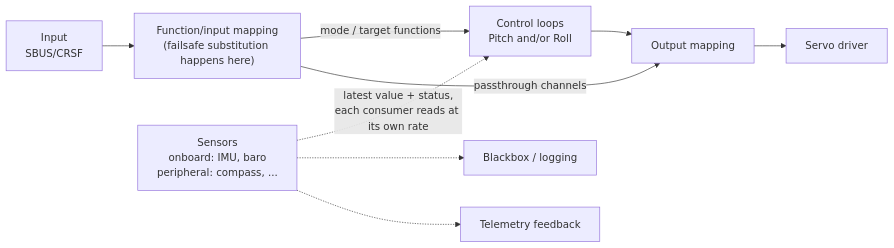
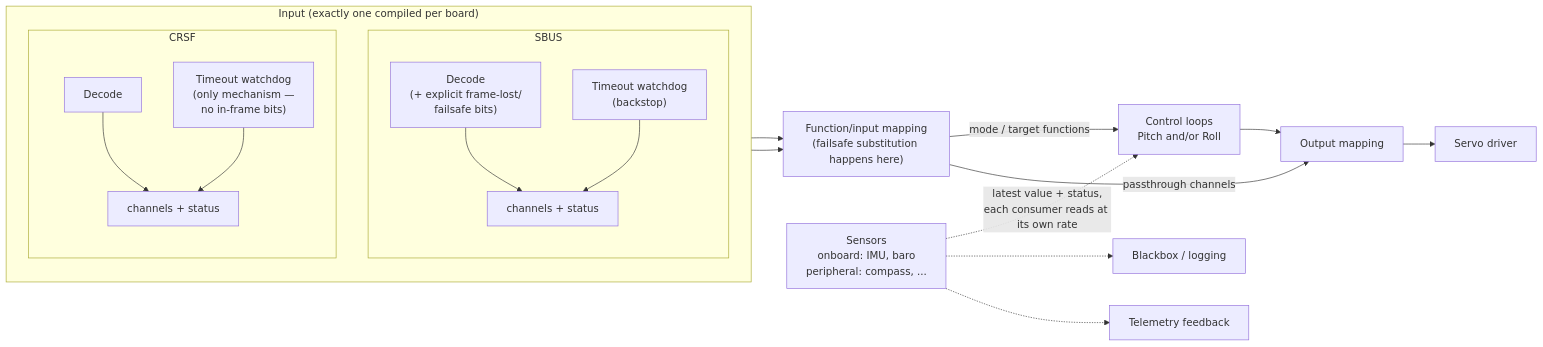
One commit to heimdall-suite/heimdall-helm changed the diagram in .docs/architecture.md. Above: the diagram before and after it, drawn with Mermaid. The commit also changed other lines of this file, not shown here.

Commit message:
Merge Input subgraph detail into the main architecture diagram
Wires up the SBUS/CRSF subgraph sketch into the existing pipeline diagram
as one source of truth instead of two separate diagrams. Decode and the
timeout watchdog run in parallel, both feeding one combined channels+status
output per protocol -- matches the Failsafe section's prose (watchdog as
SBUS's backstop under its own bits, as CRSF's only mechanism), not a
sequential failsafe-then-decode chain.

````diff
--- a/.docs/architecture.md
+++ b/.docs/architecture.md
@@ -7,21 +8,39 @@
 ```mermaid
 flowchart LR
-    RX["Input<br/>SBUS/CRSF"]
+    subgraph Input["Input (exactly one compiled per board)"]
+        direction TB
+        subgraph SBUS
+            direction TB
+            DSBUS["Decode<br/>(+ explicit frame-lost/<br/>failsafe bits)"]
+            TOSBUS["Timeout watchdog<br/>(backstop)"]
+            DSBUS --> OUTSBUS["channels + status"]
+            TOSBUS --> OUTSBUS
+        end
+        subgraph CRSF
+            direction TB
+            DCRSF["Decode"]
+            TOCRSF["Timeout watchdog<br/>(only mechanism —<br/>no in-frame bits)"]
+            DCRSF --> OUTCRSF["channels + status"]
+            TOCRSF --> OUTCRSF
+        end
+    end
+
     MAP["Function/input mapping<br/>(failsafe substitution happens here)"]
     CTRL["Control loops<br/>Pitch and/or Roll"]
     OUT["Output mapping"]
     SERVO["Servo driver"]
     SENS["Sensors<br/>onboard: IMU, baro<br/>peripheral: compass, ..."]
     LOG["Blackbox / logging"]
     TEL["Telemetry feedback"]
 
-    RX --> MAP
+    OUTSBUS --> MAP
+    OUTCRSF --> MAP
     MAP -->|"mode / target functions"| CTRL
     MAP -->|"passthrough channels"| OUT
     CTRL --> OUT
     OUT --> SERVO
 
     SENS -.->|"latest value + status,<br/>each consumer reads at its own rate"| CTRL
     SENS -.-> LOG
     SENS -.-> TEL
 ```
````
